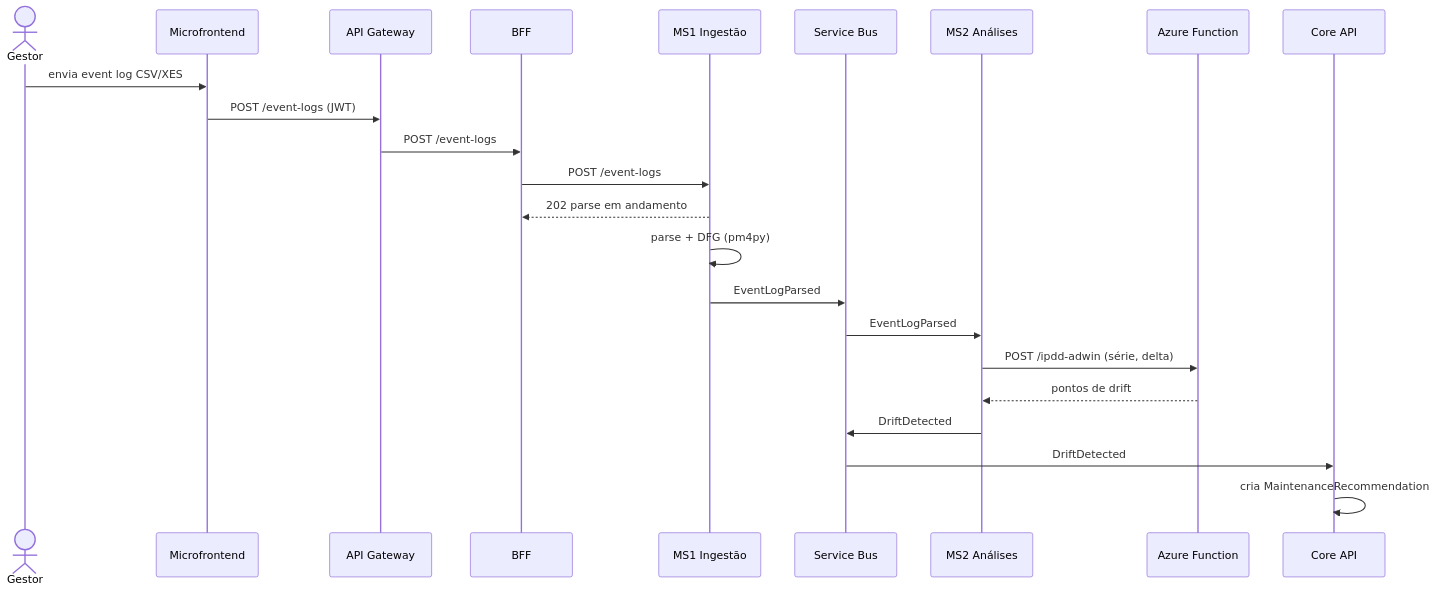
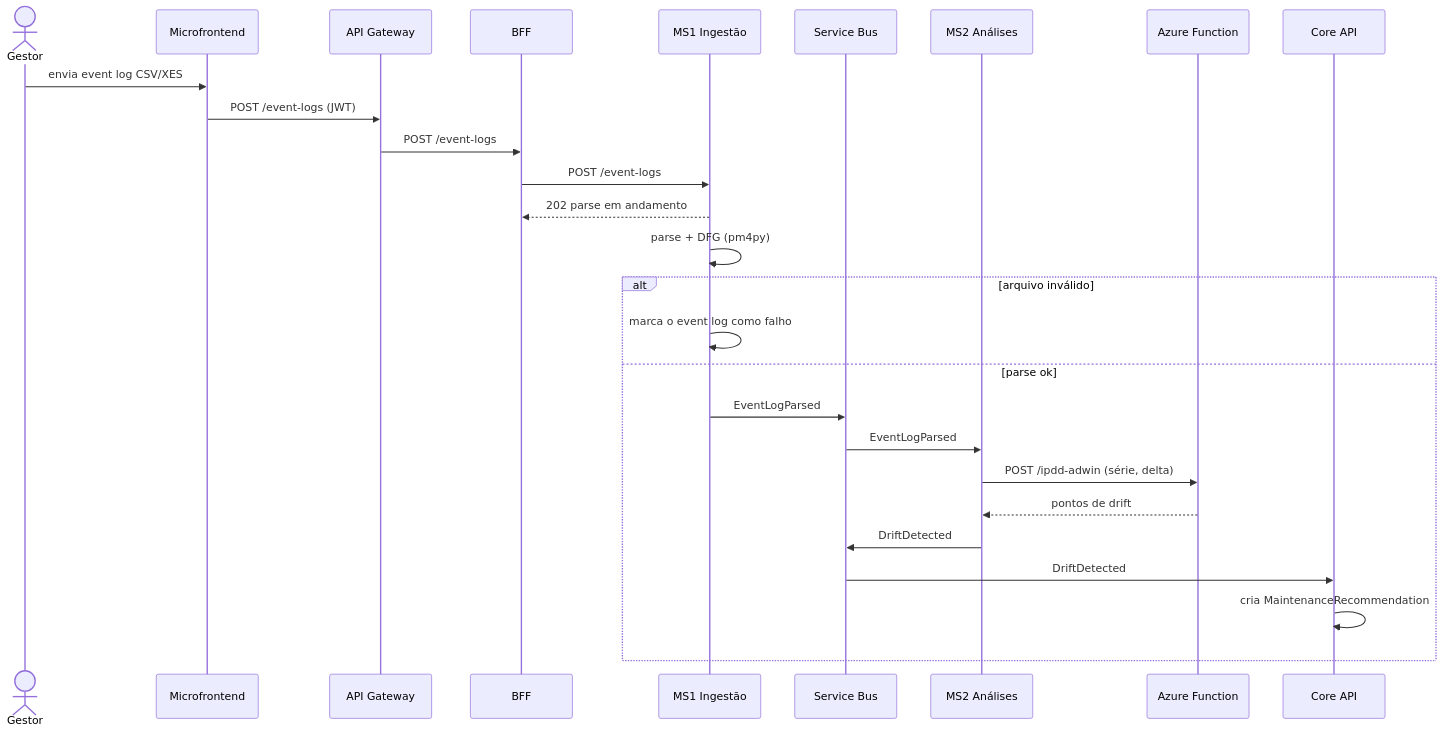
Before and after one commit to aland3r/deviante-docs: the sixth of 13 diagrams in architecture/arc42.md, drawn with Mermaid. The commit also changed other lines of this file and 1 other file, not shown here.

````diff
--- a/architecture/arc42.md
+++ b/architecture/arc42.md
@@ -527,25 +548,29 @@
 ```mermaid
 sequenceDiagram
     actor G as Gestor
     participant W as Microfrontend
     participant GW as API Gateway
     participant B as BFF
     participant M1 as MS1 Ingestão
     participant Q as Service Bus
     participant M2 as MS2 Análises
     participant F as Azure Function
     participant C as Core API
     G->>W: envia event log CSV/XES
     W->>GW: POST /event-logs (JWT)
     GW->>B: POST /event-logs
     B->>M1: POST /event-logs
     M1-->>B: 202 parse em andamento
     M1->>M1: parse + DFG (pm4py)
+    alt arquivo inválido
+        M1->>M1: marca o event log como falho
+    else parse ok
     M1->>Q: EventLogParsed
     Q->>M2: EventLogParsed
     M2->>F: POST /ipdd-adwin (série, delta)
     F-->>M2: pontos de drift
     M2->>Q: DriftDetected
     Q->>C: DriftDetected
     C->>C: cria MaintenanceRecommendation
+    end
 ```
````
